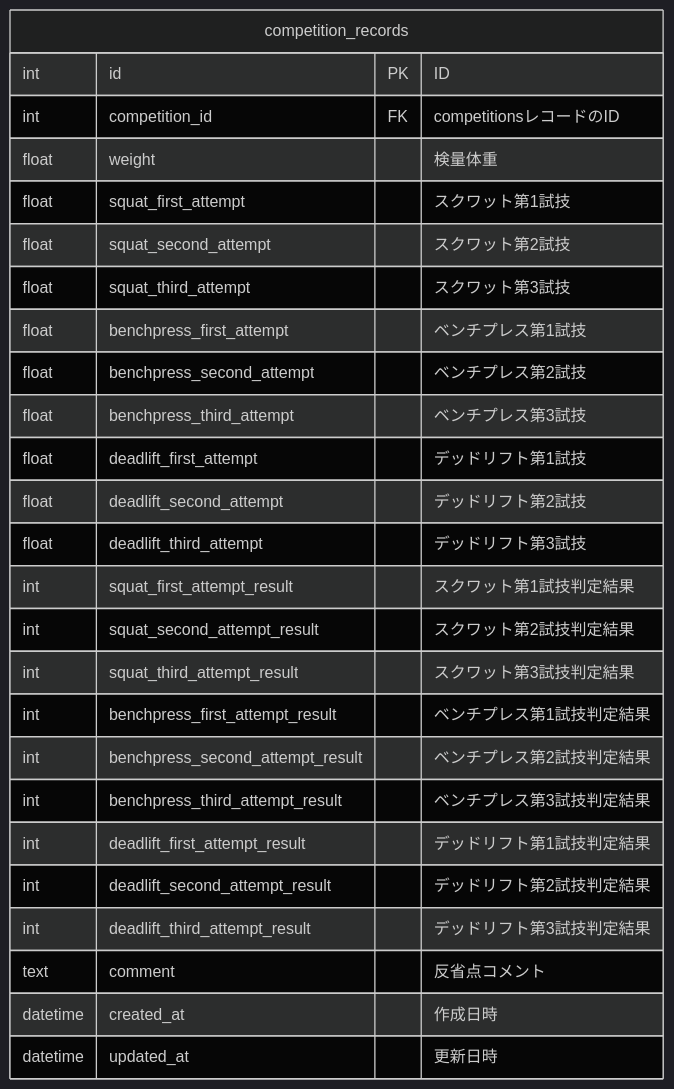
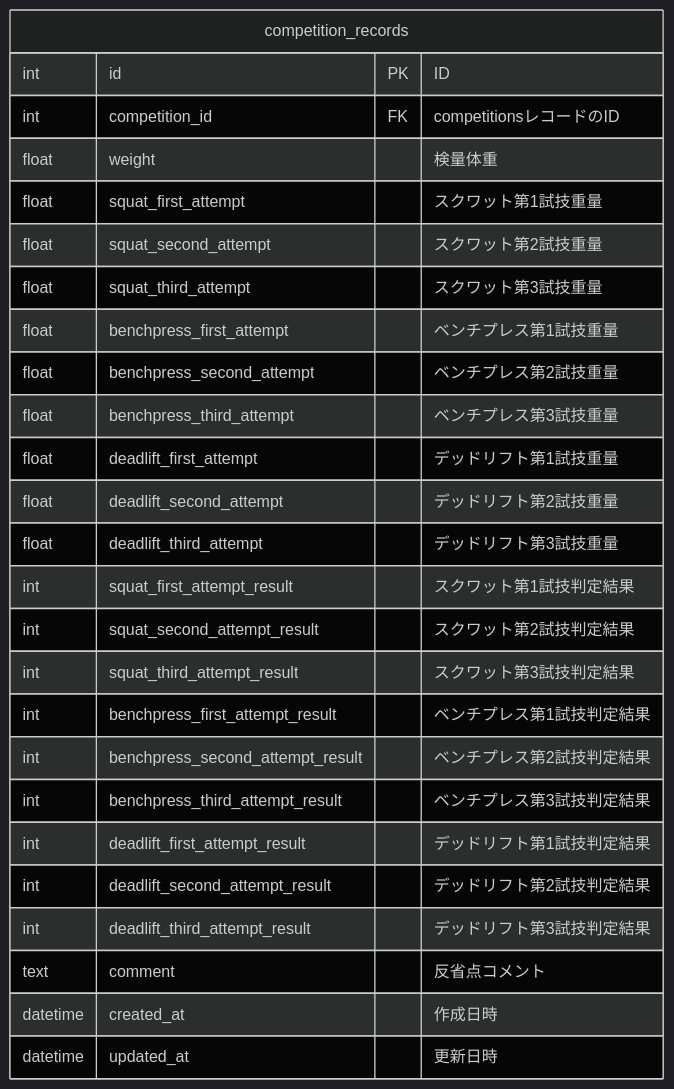
One commit to okaka-c/Qiita_contents changed the diagram in public/20241224runteq_advent_carender.md.md. Above: the diagram before and after it, drawn with Mermaid (dark theme). The commit also changed other lines of this file, not shown here.

````diff
--- a/public/20241224runteq_advent_carender.md.md
+++ b/public/20241224runteq_advent_carender.md.md
@@ -104,29 +99,29 @@
 ```mermaid
 erDiagram
   competition_records {
           int id PK "ID"
           int competition_id FK "competitionsレコードのID"
           float weight "検量体重"
-          float squat_first_attempt "スクワット第1試技"
-          float squat_second_attempt "スクワット第2試技"
-          float squat_third_attempt "スクワット第3試技"
-          float benchpress_first_attempt "ベンチプレス第1試技"
-          float benchpress_second_attempt "ベンチプレス第2試技"
-          float benchpress_third_attempt "ベンチプレス第3試技"
-          float deadlift_first_attempt "デッドリフト第1試技"
-          float deadlift_second_attempt "デッドリフト第2試技"
-          float deadlift_third_attempt "デッドリフト第3試技"
+          float squat_first_attempt "スクワット第1試技重量"
+          float squat_second_attempt "スクワット第2試技重量"
+          float squat_third_attempt "スクワット第3試技重量"
+          float benchpress_first_attempt "ベンチプレス第1試技重量"
+          float benchpress_second_attempt "ベンチプレス第2試技重量"
+          float benchpress_third_attempt "ベンチプレス第3試技重量"
+          float deadlift_first_attempt "デッドリフト第1試技重量"
+          float deadlift_second_attempt "デッドリフト第2試技重量"
+          float deadlift_third_attempt "デッドリフト第3試技重量"
           int squat_first_attempt_result "スクワット第1試技判定結果"
           int squat_second_attempt_result "スクワット第2試技判定結果"
           int squat_third_attempt_result "スクワット第3試技判定結果"
           int benchpress_first_attempt_result "ベンチプレス第1試技判定結果"
           int benchpress_second_attempt_result "ベンチプレス第2試技判定結果"
           int benchpress_third_attempt_result "ベンチプレス第3試技判定結果"
           int deadlift_first_attempt_result "デッドリフト第1試技判定結果"
           int deadlift_second_attempt_result "デッドリフト第2試技判定結果"
           int deadlift_third_attempt_result "デッドリフト第3試技判定結果"
           text comment "反省点コメント"
           datetime created_at "作成日時"
           datetime updated_at "更新日時"
       }
 ```
````
